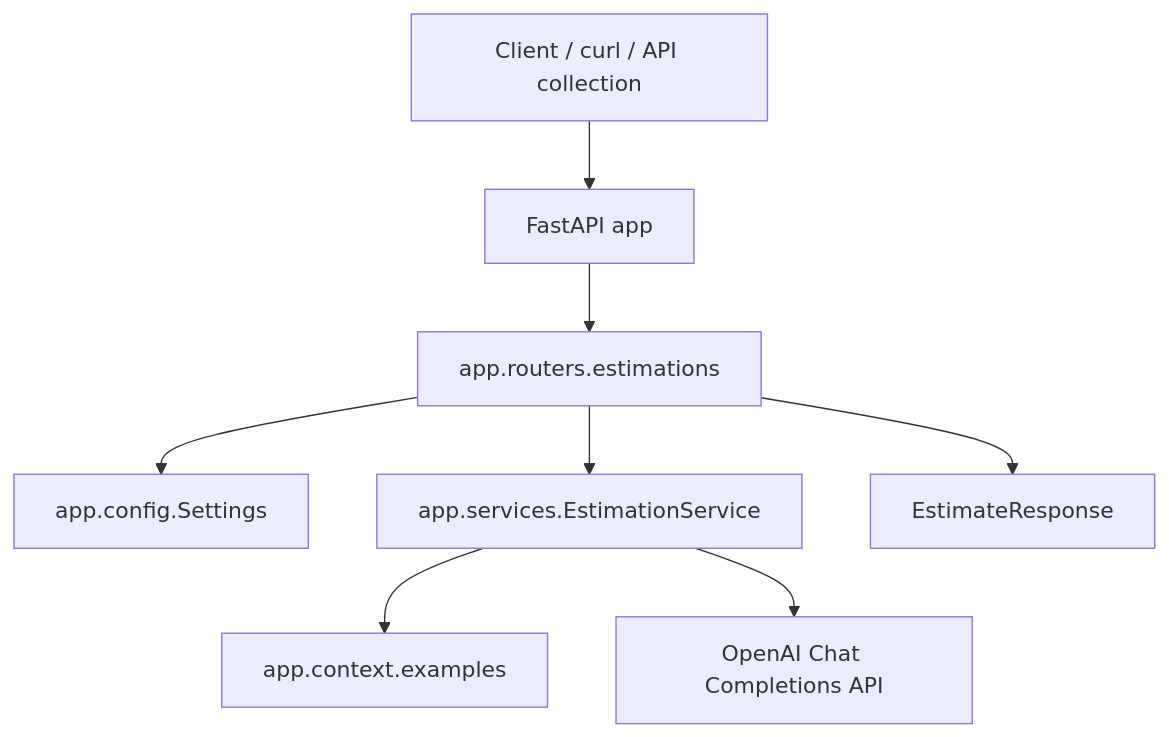
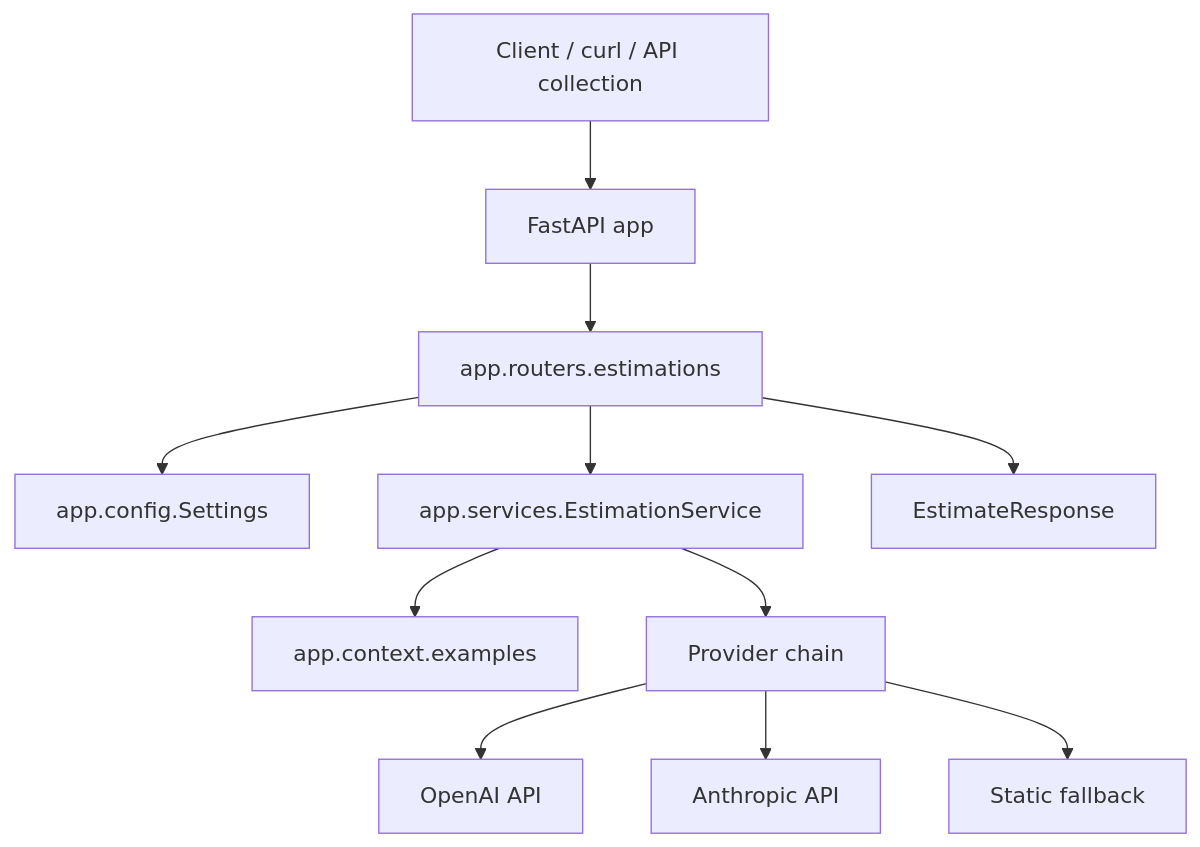
One commit to povedica/master-ia-lidr changed the first of 2 diagrams in proyectos/estimador-cag/docs/technical/README.md. Above: the diagram before and after it, drawn with Mermaid. The commit also changed other lines of this file and 2 other files, not shown here.

First line of the commit message:
docs(estimador-cag): document provider fallback contracts and verification

````diff
--- a/proyectos/estimador-cag/docs/technical/README.md
+++ b/proyectos/estimador-cag/docs/technical/README.md
@@ -220,10 +228,13 @@
 ```mermaid
 flowchart TD
     Client[Client / curl / API collection] --> FastAPI[FastAPI app]
     FastAPI --> Router[app.routers.estimations]
     Router --> Settings[app.config.Settings]
     Router --> Service[app.services.EstimationService]
     Service --> Examples[app.context.examples]
-    Service --> OpenAI[OpenAI Chat Completions API]
+    Service --> Chain[Provider chain]
+    Chain --> OpenAI[OpenAI API]
+    Chain --> Anthropic[Anthropic API]
+    Chain --> StaticFallback[Static fallback]
     Router --> Response[EstimateResponse]
 ```
````
